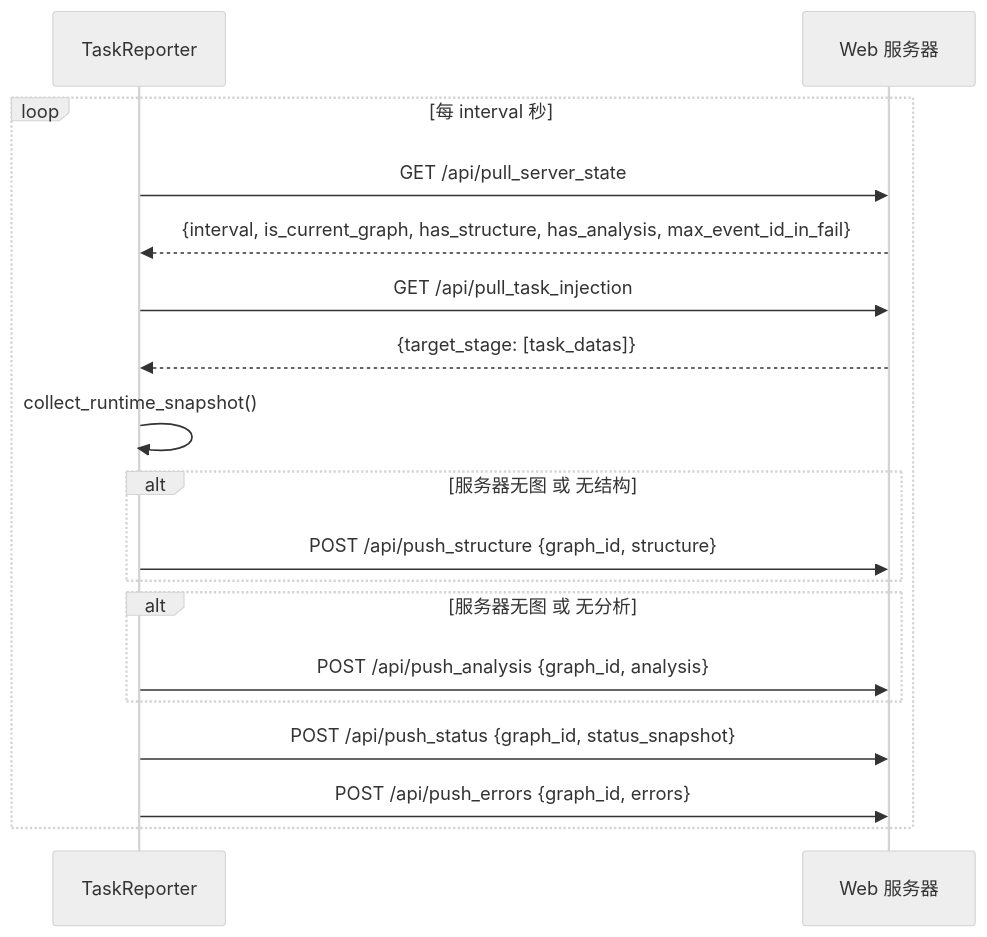
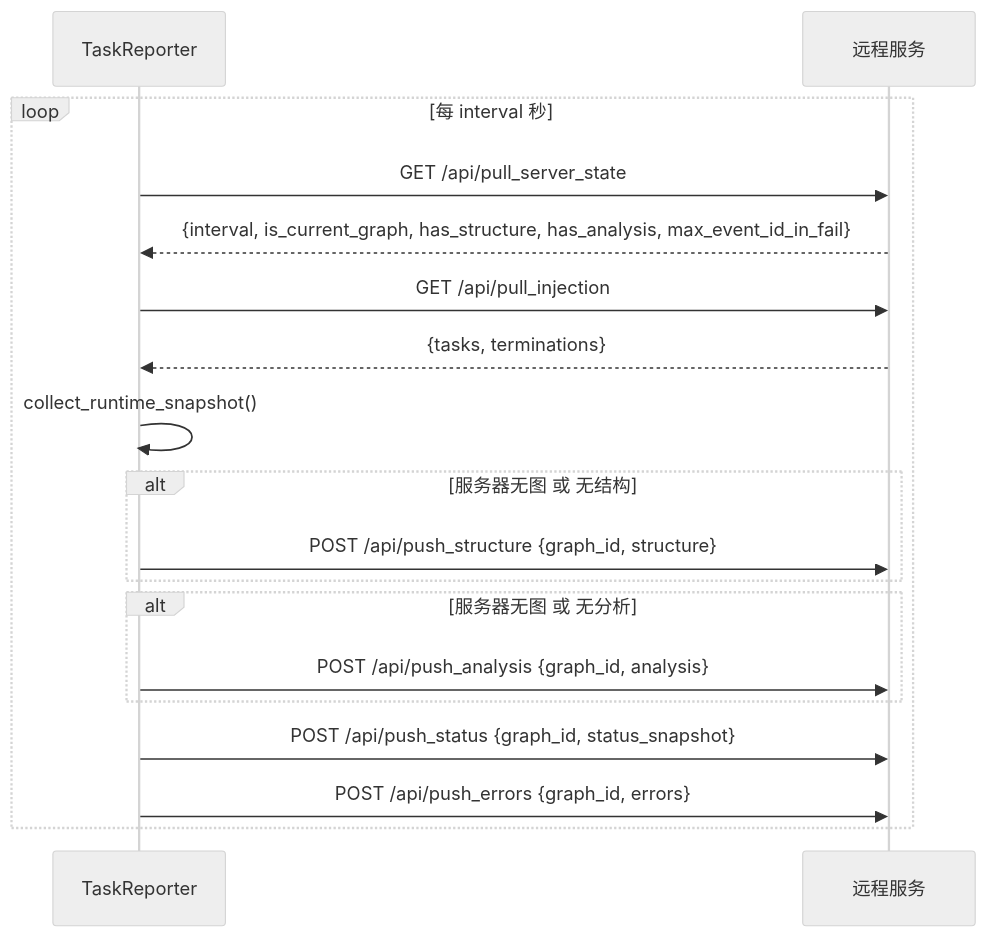
One commit to Mr-xiaotian/CelestialFlow changed the diagram in docs/zh-CN/src/observability/core_report.md. Above: the diagram before and after it, drawn with Mermaid (neutral theme). The commit also changed other lines of this file and 14 other files, not shown here.

````diff
--- a/docs/zh-CN/src/observability/core_report.md
+++ b/docs/zh-CN/src/observability/core_report.md
@@ -57,25 +57,25 @@
 ```mermaid
 sequenceDiagram
     participant R as TaskReporter
-    participant S as Web 服务器
+    participant S as 远程服务
 
     loop 每 interval 秒
         R->>S: GET /api/pull_server_state
         S-->>R: {interval, is_current_graph, has_structure, has_analysis, max_event_id_in_fail}
 
-        R->>S: GET /api/pull_task_injection
-        S-->>R: {target_stage: [task_datas]}
+        R->>S: GET /api/pull_injection
+        S-->>R: {tasks, terminations}
 
         R->>R: collect_runtime_snapshot()
 
         alt 服务器无图 或 无结构
             R->>S: POST /api/push_structure {graph_id, structure}
         end
         alt 服务器无图 或 无分析
             R->>S: POST /api/push_analysis {graph_id, analysis}
         end
 
         R->>S: POST /api/push_status {graph_id, status_snapshot}
         R->>S: POST /api/push_errors {graph_id, errors}
     end
 ```
````
